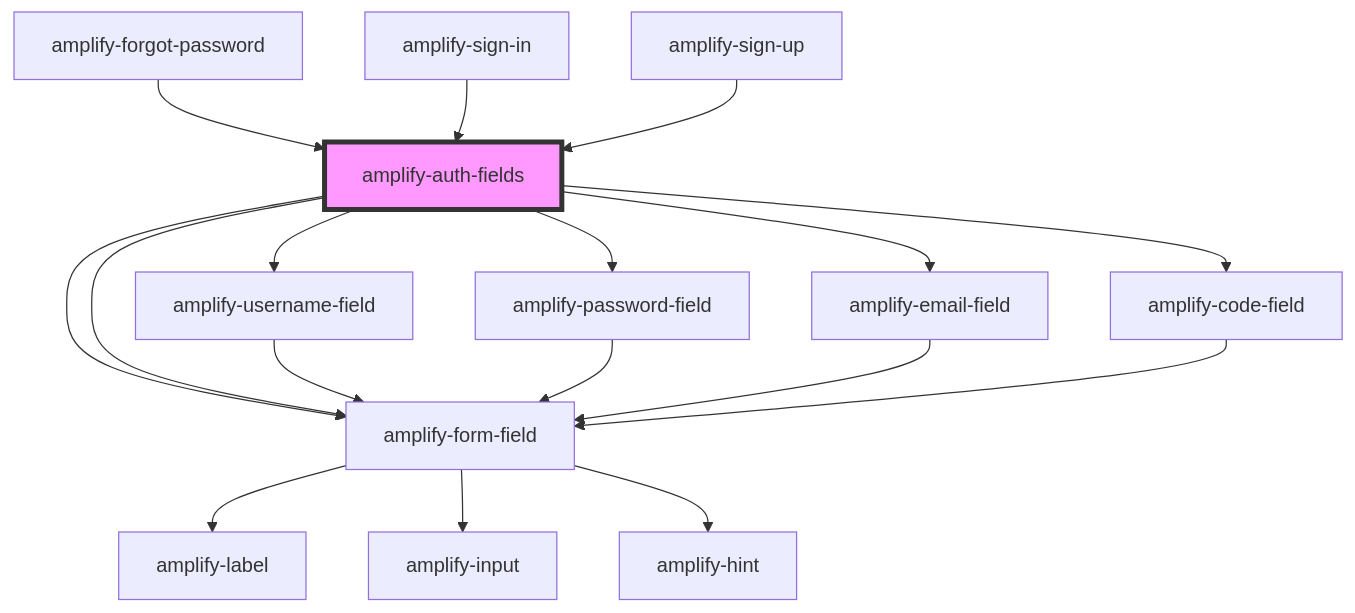
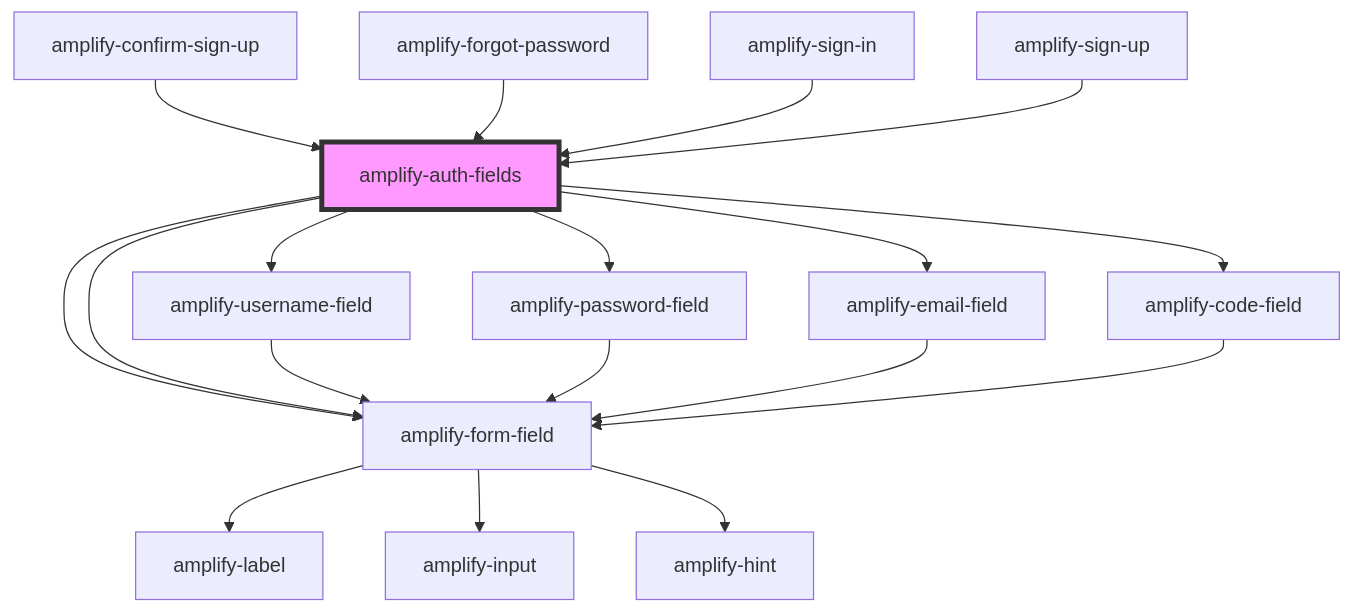
The diagram in packages/amplify-ui-components/src/components/amplify-auth-fields/readme.md (aws-amplify/amplify-js), drawn with Mermaid before and after one commit. The commit also changed other lines of this file and 7 other files, not shown here.

````diff
--- a/packages/amplify-ui-components/src/components/amplify-auth-fields/readme.md
+++ b/packages/amplify-ui-components/src/components/amplify-auth-fields/readme.md
@@ -33,20 +34,21 @@
 ```mermaid
 graph TD;
   amplify-auth-fields --> amplify-username-field
   amplify-auth-fields --> amplify-password-field
   amplify-auth-fields --> amplify-email-field
   amplify-auth-fields --> amplify-code-field
   amplify-auth-fields --> amplify-form-field
   amplify-auth-fields --> amplify-form-field
   amplify-username-field --> amplify-form-field
   amplify-form-field --> amplify-label
   amplify-form-field --> amplify-input
   amplify-form-field --> amplify-hint
   amplify-password-field --> amplify-form-field
   amplify-email-field --> amplify-form-field
   amplify-code-field --> amplify-form-field
+  amplify-confirm-sign-up --> amplify-auth-fields
   amplify-forgot-password --> amplify-auth-fields
   amplify-sign-in --> amplify-auth-fields
   amplify-sign-up --> amplify-auth-fields
   style amplify-auth-fields fill:#f9f,stroke:#333,stroke-width:4px
 ```
````
